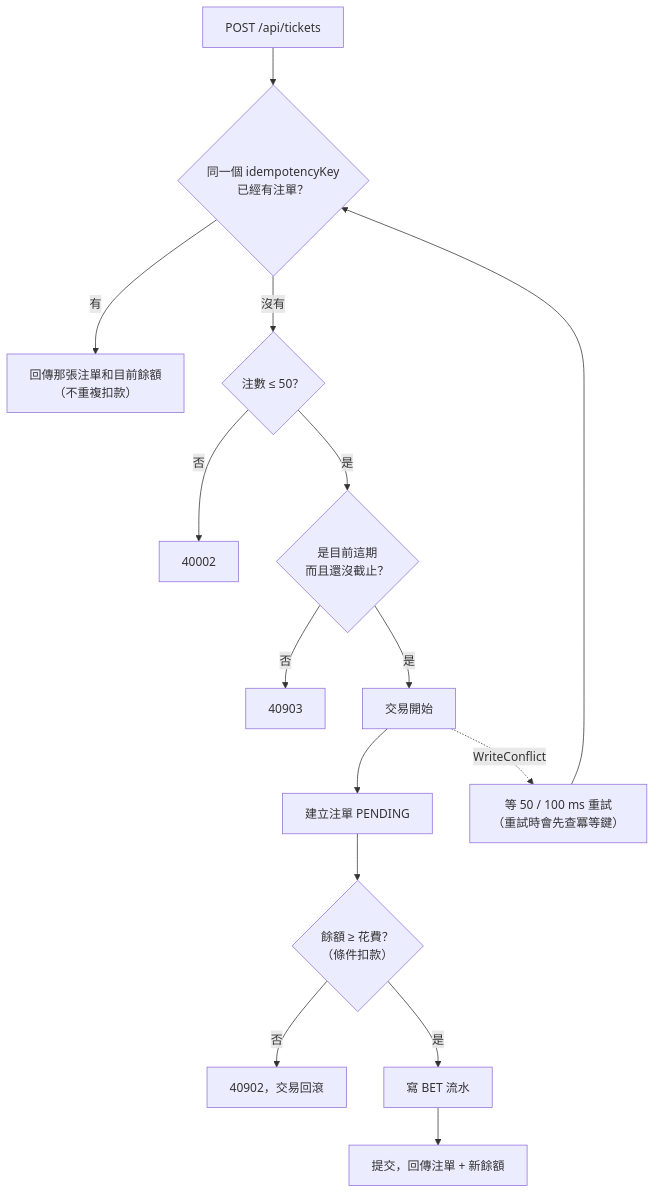
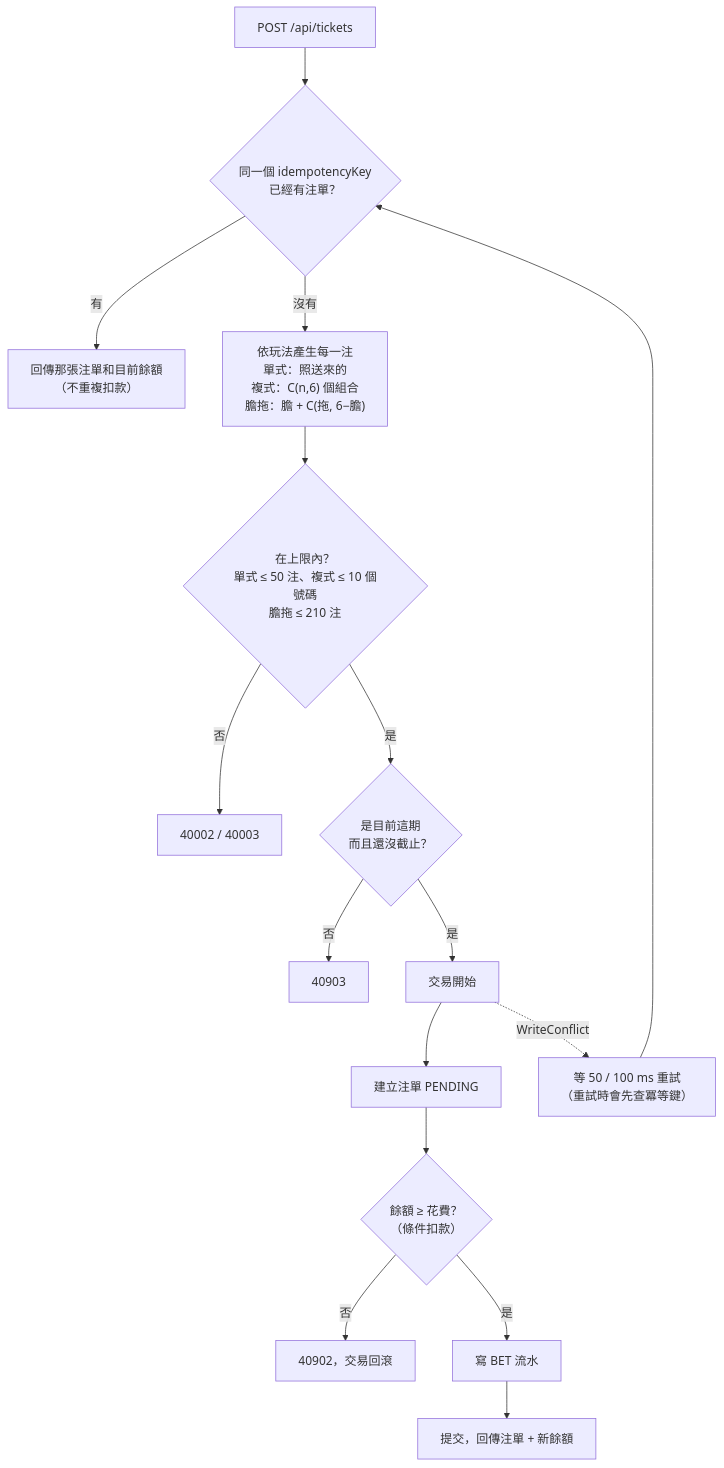
Before and after one commit to rain-sc/30-lab: the seventh of 10 diagrams in docs/learning/project-workflow.md, drawn with Mermaid. The commit also changed other lines of this file and 34 other files, not shown here.

````diff
--- a/docs/learning/project-workflow.md
+++ b/docs/learning/project-workflow.md
@@ -222,17 +274,18 @@
 ```mermaid
 flowchart TD
     A["POST /api/tickets"] --> B{"同一個 idempotencyKey<br/>已經有注單？"}
     B -- 有 --> R1["回傳那張注單和目前餘額<br/>（不重複扣款）"]
-    B -- 沒有 --> C{"注數 ≤ 50？"}
-    C -- 否 --> E1["40002"]
+    B -- 沒有 --> X["依玩法產生每一注<br/>單式：照送來的<br/>複式：C(n,6) 個組合<br/>膽拖：膽 + C(拖, 6−膽)"]
+    X --> C{"在上限內？<br/>單式 ≤ 50 注、複式 ≤ 10 個號碼<br/>膽拖 ≤ 210 注"}
+    C -- 否 --> E1["40002 / 40003"]
     C -- 是 --> D{"是目前這期<br/>而且還沒截止？"}
     D -- 否 --> E2["40903"]
     D -- 是 --> T["交易開始"]
     T --> T1["建立注單 PENDING"]
     T1 --> T2{"餘額 ≥ 花費？<br/>（條件扣款）"}
     T2 -- 否 --> E3["40902，交易回滾"]
     T2 -- 是 --> T3["寫 BET 流水"]
     T3 --> OK["提交，回傳注單 + 新餘額"]
     T -. "WriteConflict" .-> RETRY["等 50 / 100 ms 重試<br/>（重試時會先查冪等鍵）"]
     RETRY --> B
 ```
````
